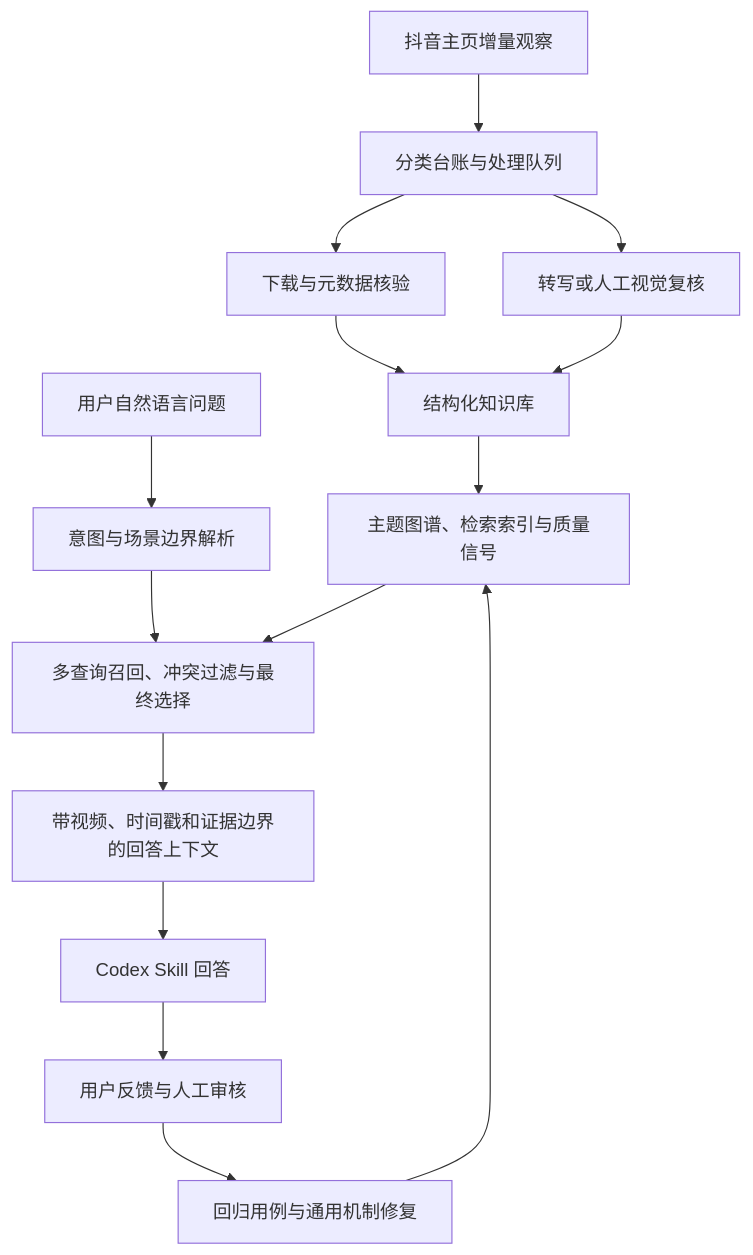
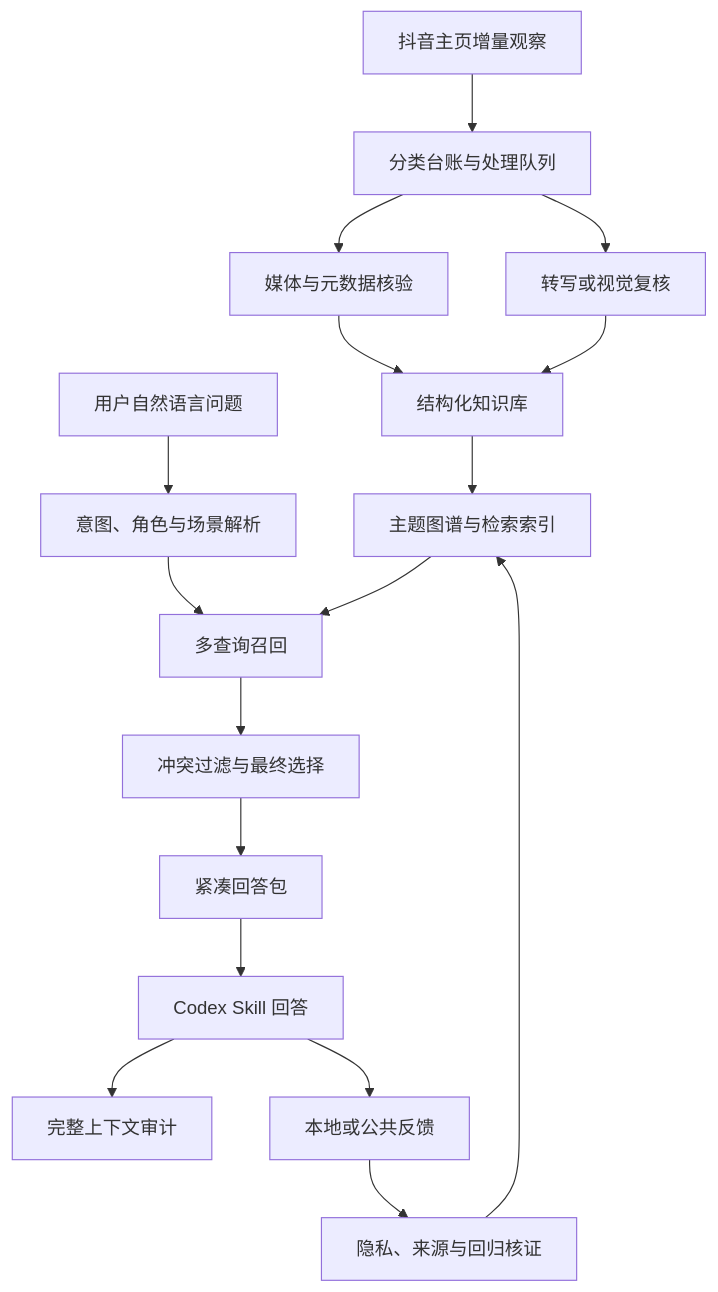
Before and after one commit to MuyuanGuo/badminton-skills-coach: the diagram in README.md, drawn with Mermaid. The commit also changed other lines of this file and 18 other files, not shown here.

````diff
--- a/README.md
+++ b/README.md
@@ -66,17 +81,19 @@
 ```mermaid
 flowchart TD
     A["抖音主页增量观察"] --> B["分类台账与处理队列"]
-    B --> C["下载与元数据核验"]
-    B --> D["转写或人工视觉复核"]
+    B --> C["媒体与元数据核验"]
+    B --> D["转写或视觉复核"]
     C --> E["结构化知识库"]
     D --> E
-    E --> F["主题图谱、检索索引与质量信号"]
-    Q["用户自然语言问题"] --> G["意图与场景边界解析"]
-    G --> H["多查询召回、冲突过滤与最终选择"]
+    E --> F["主题图谱与检索索引"]
+    Q["用户自然语言问题"] --> G["意图、角色与场景解析"]
+    G --> H["多查询召回"]
     F --> H
-    H --> I["带视频、时间戳和证据边界的回答上下文"]
-    I --> J["Codex Skill 回答"]
-    J --> K["用户反馈与人工审核"]
-    K --> L["回归用例与通用机制修复"]
-    L --> F
+    H --> I["冲突过滤与最终选择"]
+    I --> J["紧凑回答包"]
+    J --> K["Codex Skill 回答"]
+    K --> L["完整上下文审计"]
+    K --> M["本地或公共反馈"]
+    M --> N["隐私、来源与回归核证"]
+    N --> F
 ```
````
